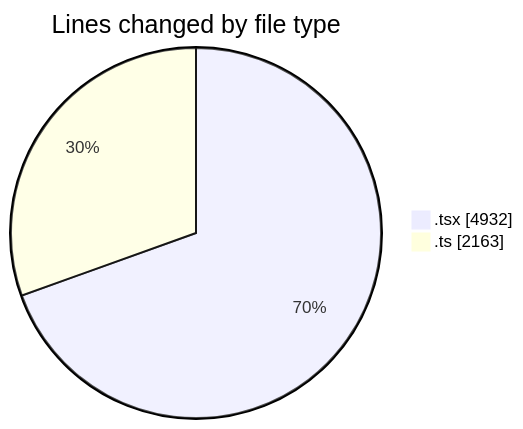
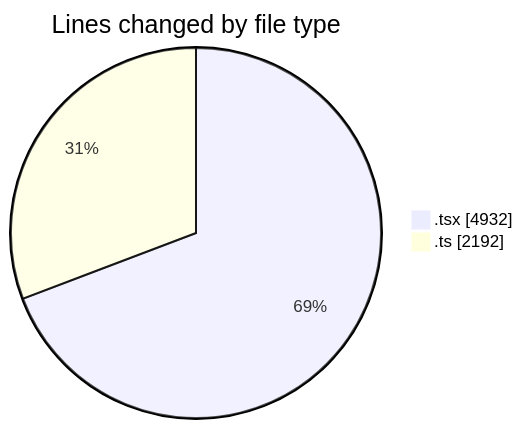
Before and after one commit to nxtqubesakshisongat/code-tracking: the first of 2 diagrams in 2026-02-26/nxtqube_webapp/README.md, drawn with Mermaid. The commit also changed other lines of this file and 1 other file, not shown here.

````diff
--- a/2026-02-26/nxtqube_webapp/README.md
+++ b/2026-02-26/nxtqube_webapp/README.md
@@ -33,6 +33,6 @@
 ```mermaid
 pie showData
 title Lines changed by file type
 ".tsx" : 4932
-".ts" : 2163
+".ts" : 2192
 ```
````
